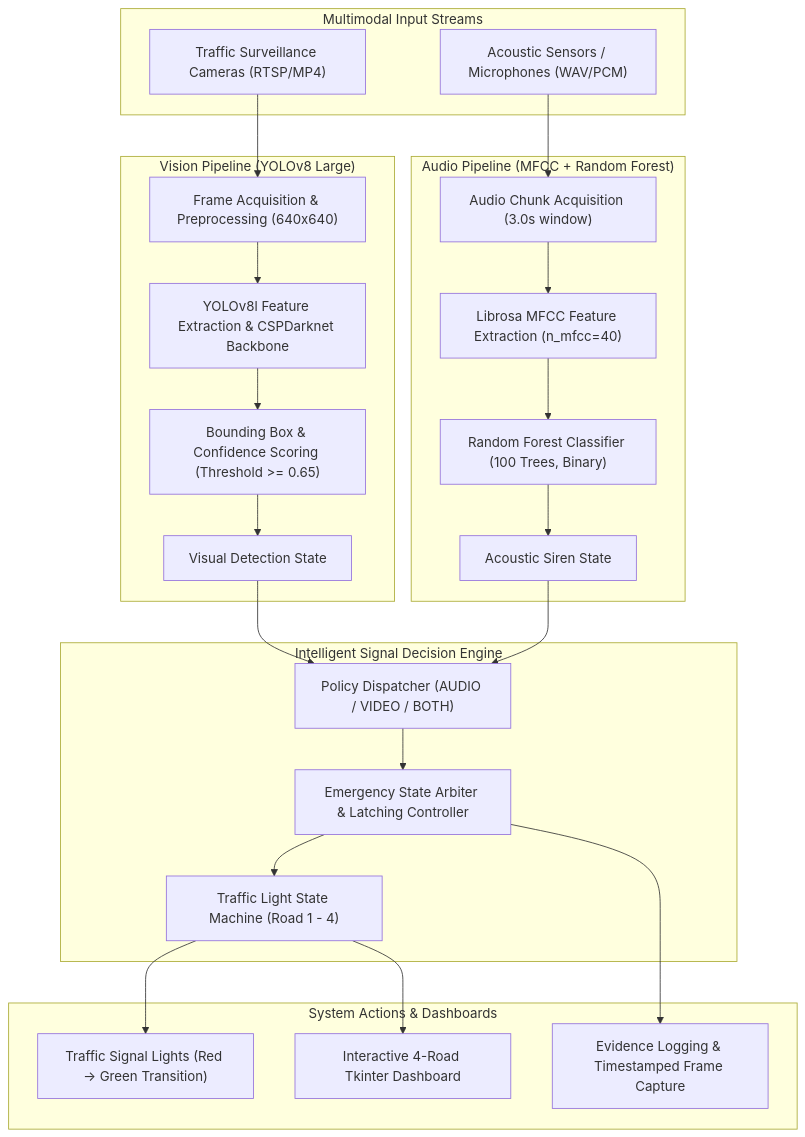
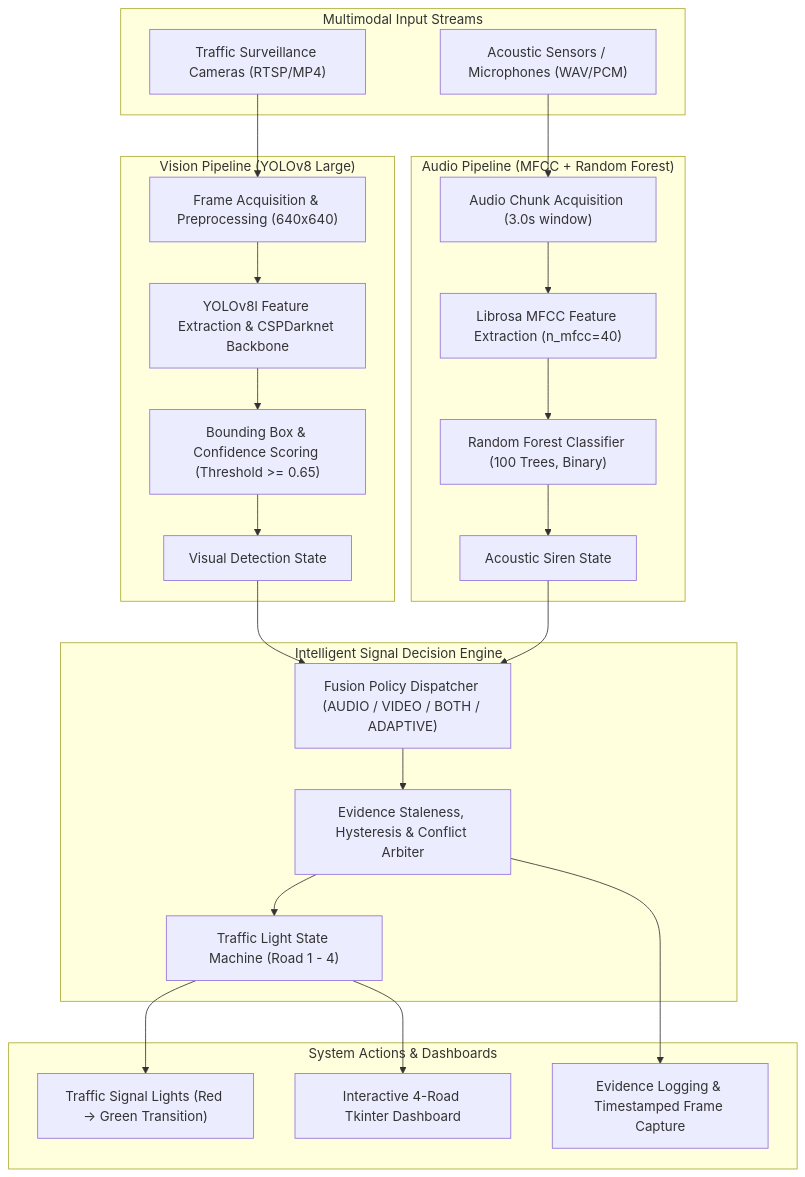
Before and after one commit to harshaba0408-netizen/ambulance-detection-project: the first of 4 diagrams in docs/architecture.md, drawn with Mermaid. The commit also changed other lines of this file and 93 other files, not shown here.

````diff
--- a/docs/architecture.md
+++ b/docs/architecture.md
@@ -10,42 +10,42 @@
 ```mermaid
 graph TD
     subgraph SENSORS ["Multimodal Input Streams"]
         A1["Traffic Surveillance Cameras (RTSP/MP4)"]
         A2["Acoustic Sensors / Microphones (WAV/PCM)"]
     end
 
     subgraph CV_PIPELINE ["Vision Pipeline (YOLOv8 Large)"]
         B1["Frame Acquisition & Preprocessing (640x640)"]
         B2["YOLOv8l Feature Extraction & CSPDarknet Backbone"]
         B3["Bounding Box & Confidence Scoring (Threshold >= 0.65)"]
         B4["Visual Detection State"]
     end
 
     subgraph AUDIO_PIPELINE ["Audio Pipeline (MFCC + Random Forest)"]
         C1["Audio Chunk Acquisition (3.0s window)"]
         C2["Librosa MFCC Feature Extraction (n_mfcc=40)"]
         C3["Random Forest Classifier (100 Trees, Binary)"]
         C4["Acoustic Siren State"]
     end
 
     subgraph COORDINATOR ["Intelligent Signal Decision Engine"]
-        D1["Policy Dispatcher (AUDIO / VIDEO / BOTH)"]
-        D2["Emergency State Arbiter & Latching Controller"]
+        D1["Fusion Policy Dispatcher (AUDIO / VIDEO / BOTH / ADAPTIVE)"]
+        D2["Evidence Staleness, Hysteresis & Conflict Arbiter"]
         D3["Traffic Light State Machine (Road 1 - 4)"]
     end
 
     subgraph OUTPUTS ["System Actions & Dashboards"]
         E1["Traffic Signal Lights (Red -> Green Transition)"]
         E2["Interactive 4-Road Tkinter Dashboard"]
         E3["Evidence Logging & Timestamped Frame Capture"]
     end
 
     A1 --> B1 --> B2 --> B3 --> B4
     A2 --> C1 --> C2 --> C3 --> C4
     B4 --> D1
     C4 --> D1
     D1 --> D2 --> D3
     D3 --> E1
     D3 --> E2
     D2 --> E3
 ```
````
